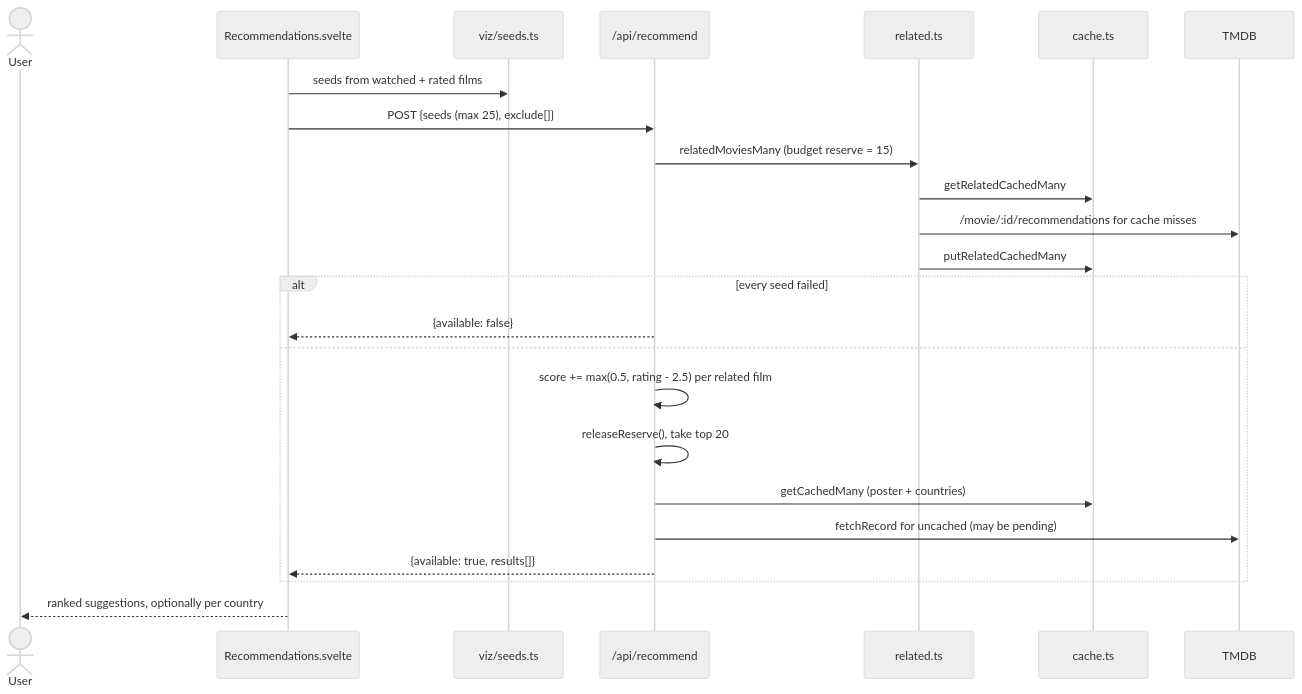
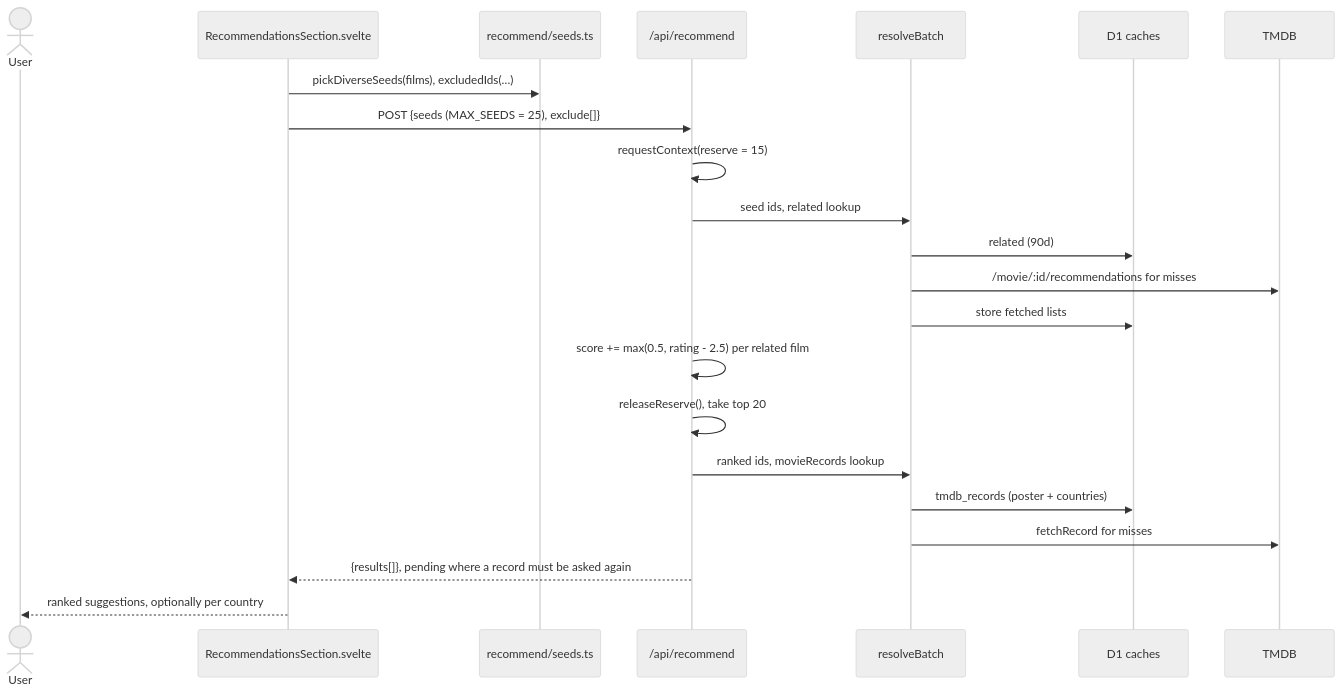
The ninth of 26 diagrams in docs/ARCHITECTURE.md (LaurinSorgend/letterboxd-vizard), drawn with Mermaid (neutral theme) before and after one commit. The commit also changed other lines of this file and 319 other files, not shown here.

Commit message:
Untangle the codebase: shared film/api/year modules, per-section dashboard, generic server caches

````diff
--- a/docs/ARCHITECTURE.md
+++ b/docs/ARCHITECTURE.md
@@ -420,27 +524,25 @@
 ```mermaid
 sequenceDiagram
     actor U as User
-    participant R as Recommendations.svelte
-    participant S as viz/seeds.ts
+    participant R as RecommendationsSection.svelte
+    participant S as recommend/seeds.ts
     participant A as /api/recommend
-    participant RL as related.ts
-    participant C as cache.ts
+    participant B as resolveBatch
+    participant C as D1 caches
     participant T as TMDB
 
-    R->>S: seeds from watched + rated films
-    R->>A: POST {seeds (max 25), exclude[]}
-    A->>RL: relatedMoviesMany (budget reserve = 15)
-    RL->>C: getRelatedCachedMany
-    RL->>T: /movie/:id/recommendations for cache misses
-    RL->>C: putRelatedCachedMany
-    alt every seed failed
-        A-->>R: {available: false}
-    else
-        A->>A: score += max(0.5, rating - 2.5) per related film
-        A->>A: releaseReserve(), take top 20
-        A->>C: getCachedMany (poster + countries)
-        A->>T: fetchRecord for uncached (may be pending)
-        A-->>R: {available: true, results[]}
-    end
+    R->>S: pickDiverseSeeds(films), excludedIds(…)
+    R->>A: POST {seeds (MAX_SEEDS = 25), exclude[]}
+    A->>A: requestContext(reserve = 15)
+    A->>B: seed ids, related lookup
+    B->>C: related (90d)
+    B->>T: /movie/:id/recommendations for misses
+    B->>C: store fetched lists
+    A->>A: score += max(0.5, rating - 2.5) per related film
+    A->>A: releaseReserve(), take top 20
+    A->>B: ranked ids, movieRecords lookup
+    B->>C: tmdb_records (poster + countries)
+    B->>T: fetchRecord for misses
+    A-->>R: {results[]}, pending where a record must be asked again
     R-->>U: ranked suggestions, optionally per country
 ```
````
